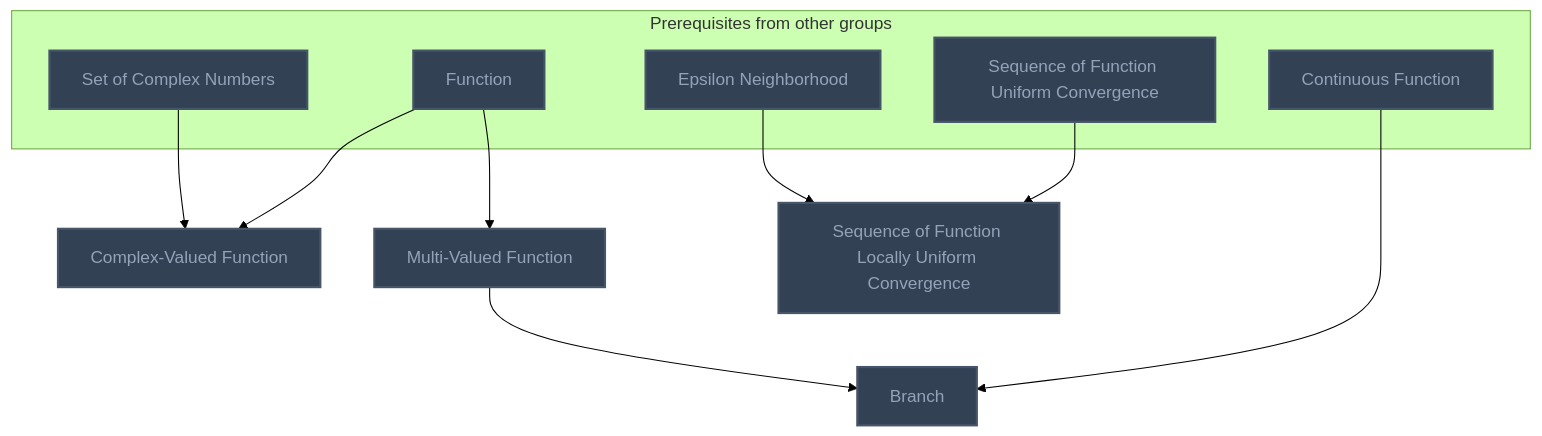
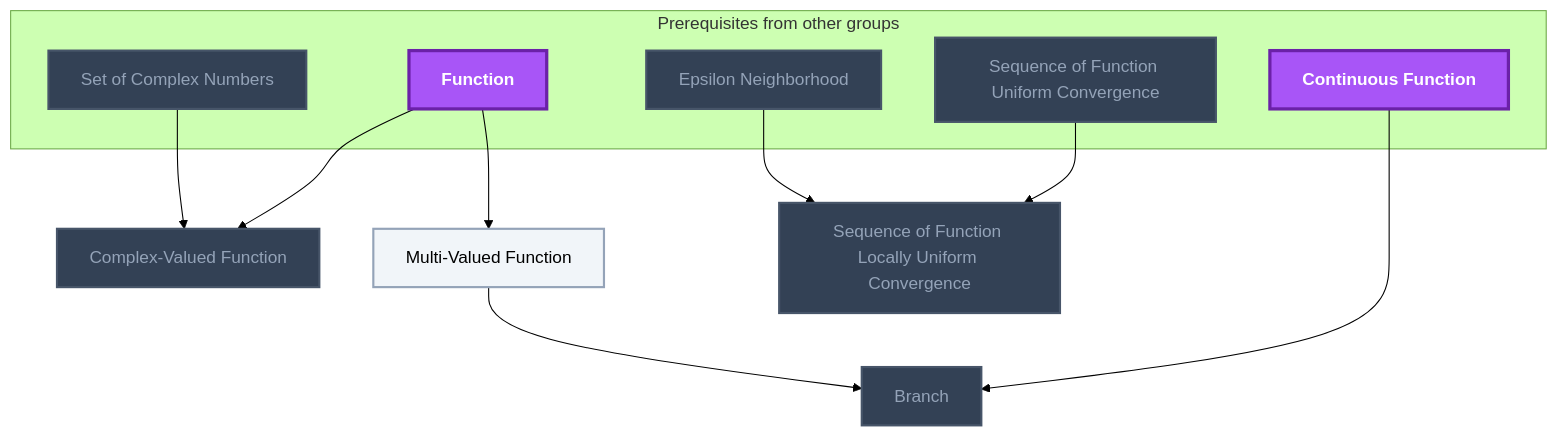
The third of 19 diagrams in Gamification/Skill Trees/Complex Analysis.md (MRauf1/My-Notes), drawn with Mermaid (forest theme) before and after one commit. The commit also changed other lines of this file and 156 other files, not shown here.

````diff
--- a/Gamification/Skill Trees/Complex Analysis.md
+++ b/Gamification/Skill Trees/Complex Analysis.md
@@ -100,32 +101,34 @@
 ```mermaid
 flowchart TD
     classDef planned fill:#1E293B,stroke:#64748B,stroke-width:2px,stroke-dasharray:5 5,color:#94A3B8;
     classDef locked fill:#334155,stroke:#475569,stroke-width:2px,color:#94A3B8;
     classDef L0 fill:#F1F5F9,stroke:#94A3B8,stroke-width:2px,color:#000000;
     classDef L1 fill:#22C55E,stroke:#15803D,stroke-width:2px,color:#000000;
     classDef L2 fill:#3B82F6,stroke:#1D4ED8,stroke-width:3px,color:#FFFFFF;
     classDef L3 fill:#A855F7,stroke:#6B21A8,stroke-width:3px,color:#FFFFFF,font-weight:bold;
     classDef L4 fill:#F97316,stroke:#C2410C,stroke-width:4px,color:#000000,font-weight:bold;
     classDef L5 fill:#FFD700,stroke:#FF8C00,stroke-width:5px,color:#000000,font-weight:bold;
     classDef rusty stroke:#8B4513,stroke-width:4px,stroke-dasharray:3 3;
     subgraph sg_prereqs["Prerequisites from other groups"]
         n_set_of_complex_numbers["Set of Complex Numbers"]
         n_function["Function"]
         n_continuous_function["Continuous Function"]
         n_epsilon_neighborhood["Epsilon Neighborhood"]
         n_sequence_of_function_uniform_convergence["Sequence of Function Uniform Convergence"]
     end
     n_complex_valued_function["Complex-Valued Function"]
     n_multi_valued_function["Multi-Valued Function"]
     n_branch["Branch"]
     n_sequence_of_function_locally_uniform_convergence["Sequence of Function Locally Uniform Convergence"]
     n_set_of_complex_numbers --> n_complex_valued_function
     n_function --> n_complex_valued_function
     n_function --> n_multi_valued_function
     n_multi_valued_function --> n_branch
     n_continuous_function --> n_branch
     n_epsilon_neighborhood --> n_sequence_of_function_locally_uniform_convergence
     n_sequence_of_function_uniform_convergence --> n_sequence_of_function_locally_uniform_convergence
-    class n_set_of_complex_numbers,n_function,n_continuous_function,n_epsilon_neighborhood,n_sequence_of_function_uniform_convergence,n_complex_valued_function,n_multi_valued_function,n_branch,n_sequence_of_function_locally_uniform_convergence locked;
+    class n_set_of_complex_numbers,n_epsilon_neighborhood,n_sequence_of_function_uniform_convergence,n_complex_valued_function,n_branch,n_sequence_of_function_locally_uniform_convergence locked;
+    class n_multi_valued_function L0;
+    class n_function,n_continuous_function L3;
     class n_set_of_complex_numbers,n_function,n_continuous_function,n_epsilon_neighborhood,n_sequence_of_function_uniform_convergence,n_complex_valued_function,n_multi_valued_function,n_branch,n_sequence_of_function_locally_uniform_convergence internal-link;
 ```
````
